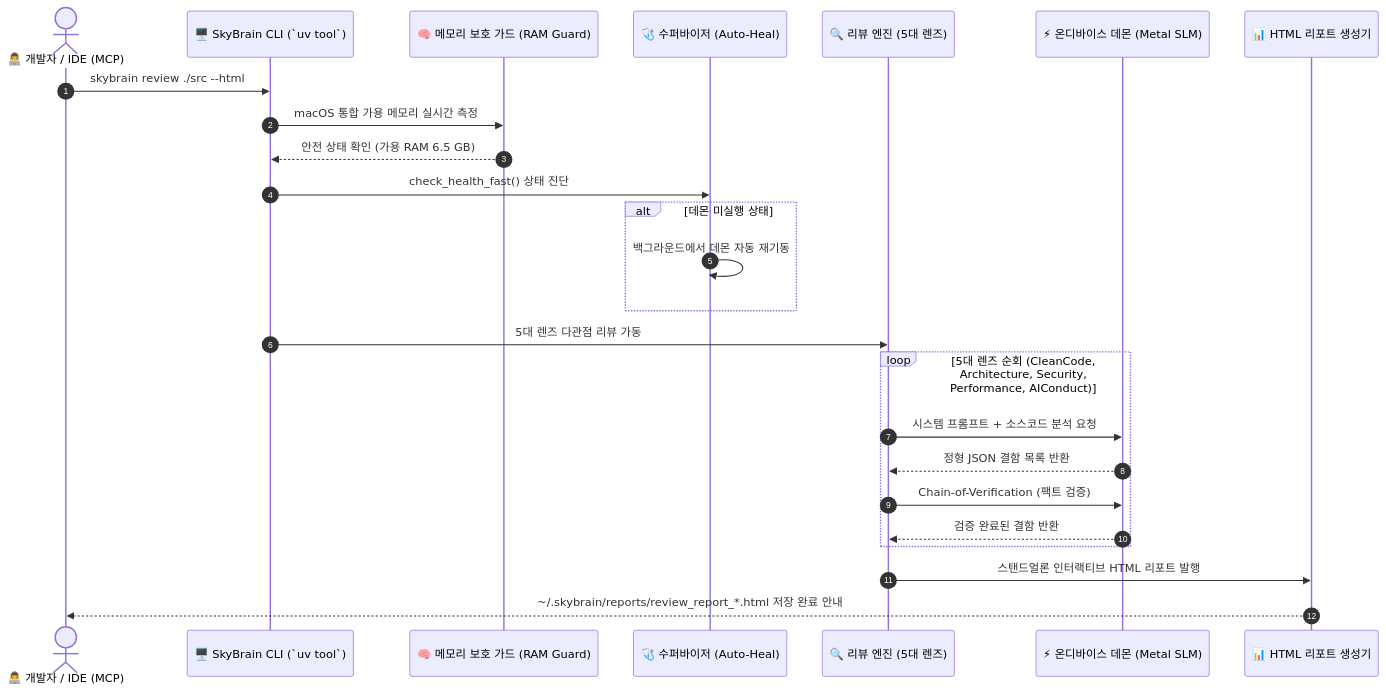
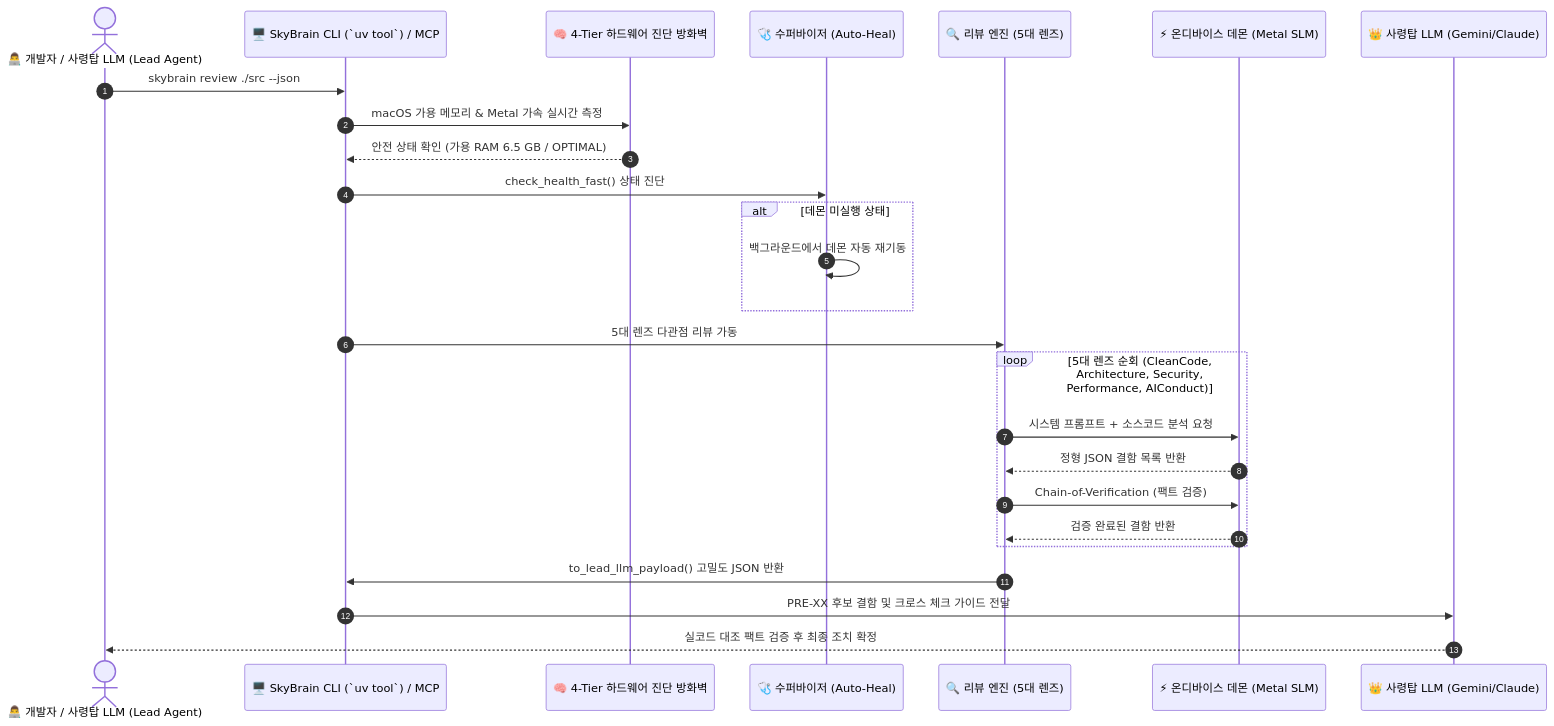
One commit to cobuild-ai/skybrain changed the diagram in README.ko.md. Above: the diagram before and after it, drawn with Mermaid. The commit also changed other lines of this file and 43 other files, not shown here.

Commit message:
feat(skybrain): release v0.3.0 with document intelligence, standard mcp server, and hardware guard (sanitized from 9f00711)

````diff
--- a/README.ko.md
+++ b/README.ko.md
@@ -90,28 +92,29 @@
 ```mermaid
 sequenceDiagram
     autonumber
-    actor Dev as 👨‍💻 개발자 / IDE (MCP)
-    participant CLI as 🖥️ SkyBrain CLI (`uv tool`)
-    participant Guard as 🧠 메모리 보호 가드 (RAM Guard)
+    actor Dev as 👨‍💻 개발자 / 사령탑 LLM (Lead Agent)
+    participant CLI as 🖥️ SkyBrain CLI (`uv tool`) / MCP
+    participant Guard as 🧠 4-Tier 하드웨어 진단 방화벽
     participant Super as 🩺 수퍼바이저 (Auto-Heal)
     participant Engine as 🔍 리뷰 엔진 (5대 렌즈)
     participant Daemon as ⚡ 온디바이스 데몬 (Metal SLM)
-    participant HTML as 📊 HTML 리포트 생성기
+    participant Lead as 👑 사령탑 LLM (Gemini/Claude)
 
-    Dev->>CLI: skybrain review ./src --html
-    CLI->>Guard: macOS 통합 가용 메모리 실시간 측정
-    Guard-->>CLI: 안전 상태 확인 (가용 RAM 6.5 GB)
+    Dev->>CLI: skybrain review ./src --json
+    CLI->>Guard: macOS 가용 메모리 & Metal 가속 실시간 측정
+    Guard-->>CLI: 안전 상태 확인 (가용 RAM 6.5 GB / OPTIMAL)
     CLI->>Super: check_health_fast() 상태 진단
     alt 데몬 미실행 상태
         Super->>Super: 백그라운드에서 데몬 자동 재기동
     end
     CLI->>Engine: 5대 렌즈 다관점 리뷰 가동
     loop 5대 렌즈 순회 (CleanCode, Architecture, Security, Performance, AIConduct)
         Engine->>Daemon: 시스템 프롬프트 + 소스코드 분석 요청
         Daemon-->>Engine: 정형 JSON 결함 목록 반환
         Engine->>Daemon: Chain-of-Verification (팩트 검증)
         Daemon-->>Engine: 검증 완료된 결함 반환
     end
-    Engine->>HTML: 스탠드얼론 인터랙티브 HTML 리포트 발행
-    HTML-->>Dev: ~/.skybrain/reports/review_report_*.html 저장 완료 안내
+    Engine->>CLI: to_lead_llm_payload() 고밀도 JSON 반환
+    CLI->>Lead: PRE-XX 후보 결함 및 크로스 체크 가이드 전달
+    Lead-->>Dev: 실코드 대조 팩트 검증 후 최종 조치 확정
 ```
````
